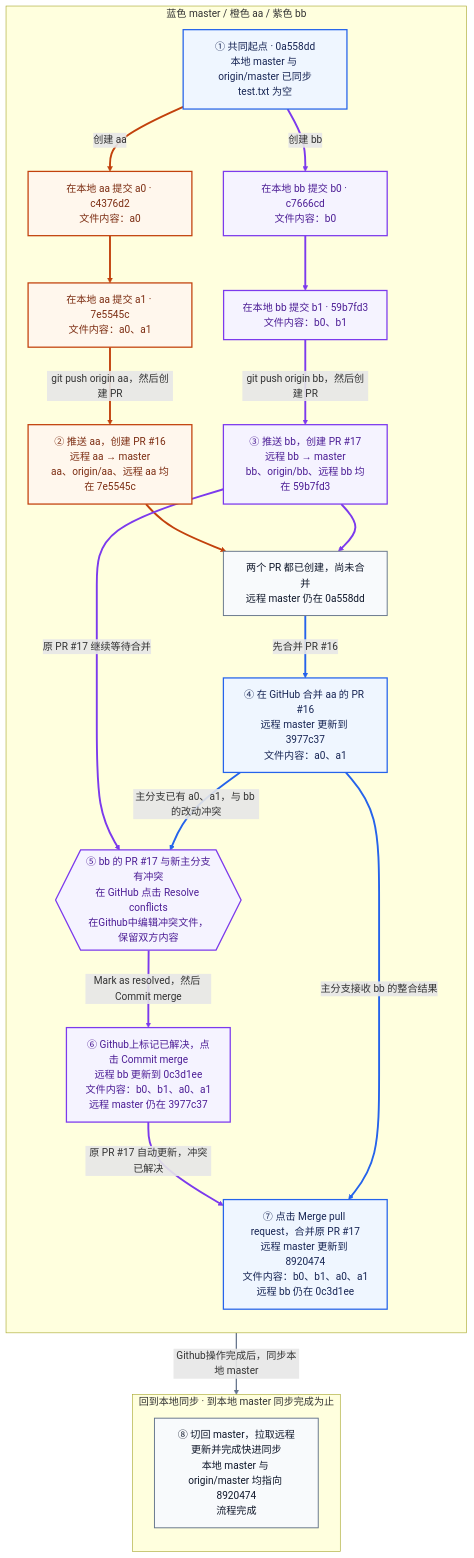
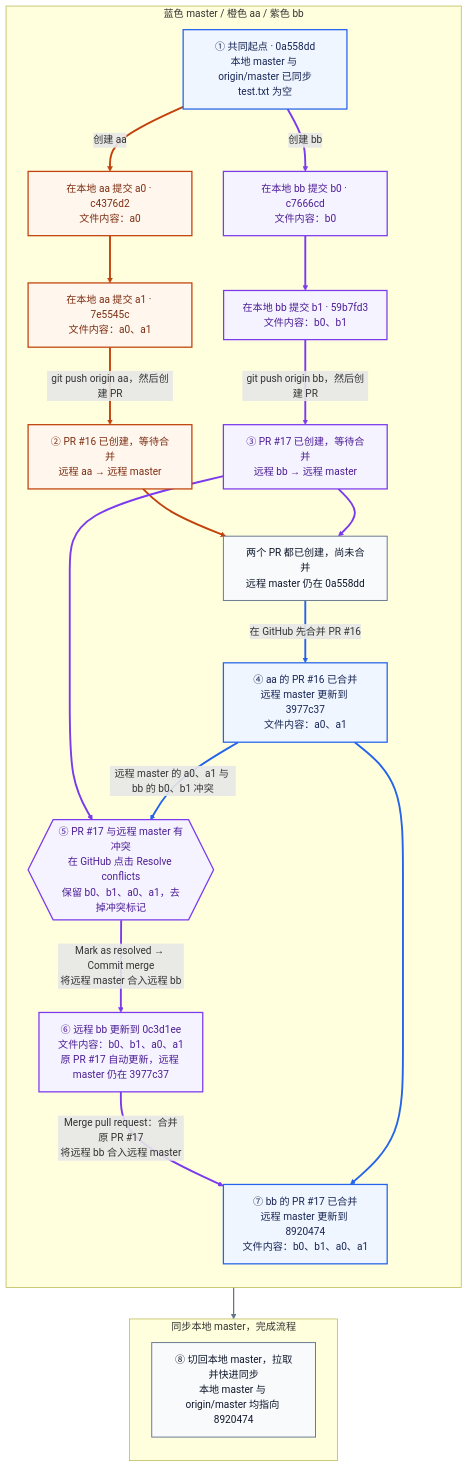
Before and after one commit to dcdmm/Script: the diagram in git-team-workflow-github-conflicts.md, drawn with Mermaid.

Commit message:
继续优化

````diff
--- a/git-team-workflow-github-conflicts.md
+++ b/git-team-workflow-github-conflicts.md
@@ -1,55 +1,55 @@
 ```mermaid
 flowchart TD
     subgraph WORK["蓝色 master / 橙色 aa / 紫色 bb"]
         direction TD
 
         O["① 共同起点 · 0a558dd<br/>本地 master 与 origin/master 已同步<br/>test.txt 为空"]
         A0["在本地 aa 提交 a0 · c4376d2<br/>文件内容：a0"]
         A1["在本地 aa 提交 a1 · 7e5545c<br/>文件内容：a0、a1"]
-        PA["② 推送 aa，创建 PR #16<br/>远程 aa → master<br/>aa、origin/aa、远程 aa 均在 7e5545c"]
+        PA["② PR #16 已创建，等待合并<br/>远程 aa → 远程 master"]
         B0["在本地 bb 提交 b0 · c7666cd<br/>文件内容：b0"]
         B1["在本地 bb 提交 b1 · 59b7fd3<br/>文件内容：b0、b1"]
-        PB["③ 推送 bb，创建 PR #17<br/>远程 bb → master<br/>bb、origin/bb、远程 bb 均在 59b7fd3"]
+        PB["③ PR #17 已创建，等待合并<br/>远程 bb → 远程 master"]
         READY["两个 PR 都已创建，尚未合并<br/>远程 master 仍在 0a558dd"]
-        P16["④ 在 GitHub 合并 aa 的 PR #16<br/>远程 master 更新到 3977c37<br/>文件内容：a0、a1"]
-        X{{"⑤ bb 的 PR #17 与新主分支有冲突<br/>在 GitHub 点击 Resolve conflicts<br/>在Github中编辑冲突文件，保留双方内容"}}
-        M["⑥ Github上标记已解决，点击 Commit merge<br/>远程 bb 更新到 0c3d1ee<br/>文件内容：b0、b1、a0、a1<br/>远程 master 仍在 3977c37"]
-        P17["⑦ 点击 Merge pull request，合并原 PR #17<br/>远程 master 更新到 8920474<br/>文件内容：b0、b1、a0、a1<br/>远程 bb 仍在 0c3d1ee"]
+        P16["④ aa 的 PR #16 已合并<br/>远程 master 更新到 3977c37<br/>文件内容：a0、a1"]
+        X{{"⑤ PR #17 与远程 master 有冲突<br/>在 GitHub 点击 Resolve conflicts<br/>保留 b0、b1、a0、a1，去掉冲突标记"}}
+        M["⑥ 远程 bb 更新到 0c3d1ee<br/>文件内容：b0、b1、a0、a1<br/>原 PR #17 自动更新，远程 master 仍在 3977c37"]
+        P17["⑦ bb 的 PR #17 已合并<br/>远程 master 更新到 8920474<br/>文件内容：b0、b1、a0、a1"]
     end
 
-    subgraph FINISH["回到本地同步 · 到本地 master 同步完成为止"]
+    subgraph FINISH["同步本地 master，完成流程"]
         direction TD
-        S["⑧ 切回 master，拉取远程更新并完成快进同步<br/>本地 master 与 origin/master 均指向 8920474<br/>流程完成"]
+        S["⑧ 切回本地 master，拉取并快进同步<br/>本地 master 与 origin/master 均指向 8920474"]
     end
 
     O -->|"创建 aa"| A0
     A0 --> A1
     A1 -->|"git push origin aa，然后创建 PR"| PA
     O -->|"创建 bb"| B0
     B0 --> B1
     B1 -->|"git push origin bb，然后创建 PR"| PB
     PA --> READY
     PB --> READY
-    READY -->|"先合并 PR #16"| P16
-    PB -->|"原 PR #17 继续等待合并"| X
-    P16 -->|"主分支已有 a0、a1，与 bb 的改动冲突"| X
-    X -->|"Mark as resolved，然后 Commit merge"| M
-    M -->|"原 PR #17 自动更新，冲突已解决"| P17
-    P16 -->|"主分支接收 bb 的整合结果"| P17
-    P17 -->|"Github操作完成后，同步本地 master"| S
+    READY -->|"在 GitHub 先合并 PR #16"| P16
+    PB --> X
+    P16 -->|"远程 master 的 a0、a1 与 bb 的 b0、b1 冲突"| X
+    X -->|"Mark as resolved → Commit merge<br/>将远程 master 合入远程 bb"| M
+    M -->|"Merge pull request：合并原 PR #17<br/>将远程 bb 合入远程 master"| P17
+    P16 --> P17
+    P17 --> S
 
     classDef mainNode fill:#eff6ff,stroke:#2563eb,color:#172554,stroke-width:2px;
     classDef aaNode fill:#fff7ed,stroke:#c2410c,color:#7c2d12,stroke-width:2px;
     classDef bbNode fill:#f5f3ff,stroke:#7c3aed,color:#4c1d95,stroke-width:2px;
     classDef actionNode fill:#f8fafc,stroke:#64748b,color:#0f172a,stroke-width:1.5px;
 
     class O,P16,P17 mainNode;
     class A0,A1,PA aaNode;
     class B0,B1,PB,X,M bbNode;
     class READY,S actionNode;
 
     linkStyle 0,1,2,6 stroke:#c2410c,stroke-width:3px;
     linkStyle 3,4,5,7,9,11,12 stroke:#7c3aed,stroke-width:3px;
     linkStyle 8,10,13 stroke:#2563eb,stroke-width:3px;
     linkStyle 14 stroke:#64748b,stroke-width:2px;
 ```
````
